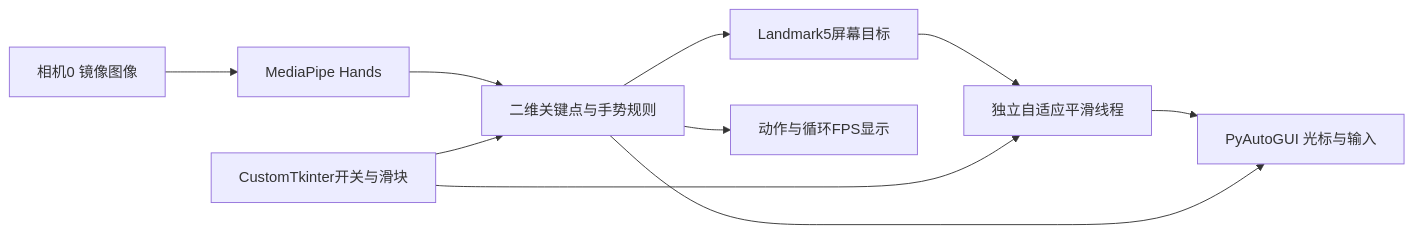
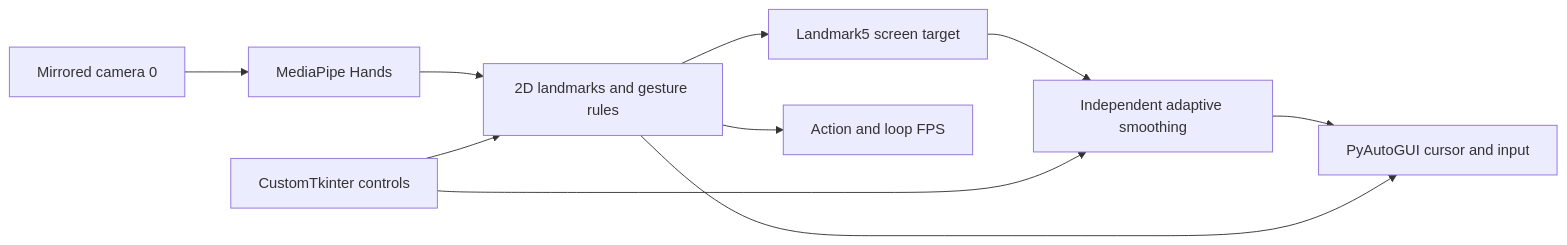
One commit to DongFengPo1412/Virtual-Mouse-and-Gesture-Control-System changed the diagram in README.md. Above: the diagram before and after it, drawn with Mermaid. The commit also changed other lines of this file and 3 other files, not shown here.

````diff
--- a/README.md
+++ b/README.md
@@ -13,12 +13,12 @@
 ```mermaid
 flowchart LR
-    Camera[相机0 镜像图像] --> Hands[MediaPipe Hands]
-    Hands --> Rules[二维关键点与手势规则]
-    Rules --> Target[Landmark5屏幕目标]
-    Target --> Smooth[独立自适应平滑线程]
-    Smooth --> OS[PyAutoGUI 光标与输入]
+    Camera[Mirrored camera 0] --> Hands[MediaPipe Hands]
+    Hands --> Rules[2D landmarks and gesture rules]
+    Rules --> Target[Landmark5 screen target]
+    Target --> Smooth[Independent adaptive smoothing]
+    Smooth --> OS[PyAutoGUI cursor and input]
     Rules --> OS
-    GUI[CustomTkinter开关与滑块] --> Rules
+    GUI[CustomTkinter controls] --> Rules
     GUI --> Smooth
-    Rules --> Status[动作与循环FPS显示]
+    Rules --> Status[Action and loop FPS]
 ```
````
